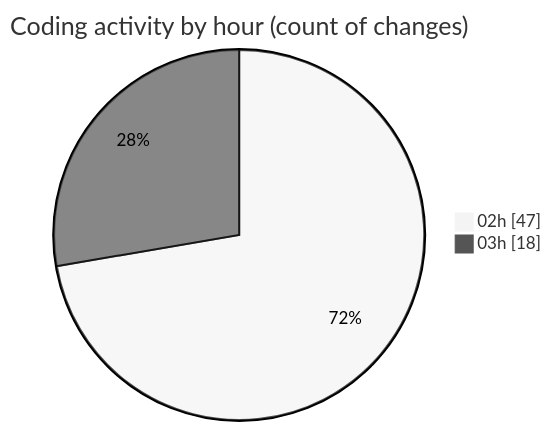
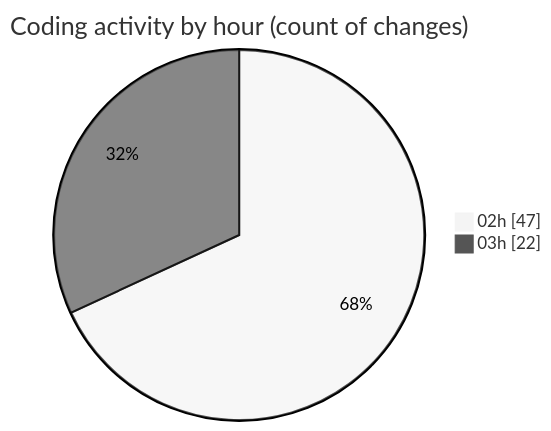
The second of 2 diagrams in 2025-01-02/3drust/README.md (ernivani/code-tracking), drawn with Mermaid (neutral theme) before and after one commit. The commit also changed other lines of this file and 2 other files, not shown here.

````diff
--- a/2025-01-02/3drust/README.md
+++ b/2025-01-02/3drust/README.md
@@ -36,6 +36,6 @@
 ```mermaid
 pie showData
 title Coding activity by hour (count of changes)
 "02h" : 47
-"03h" : 18
+"03h" : 22
 ```
````
